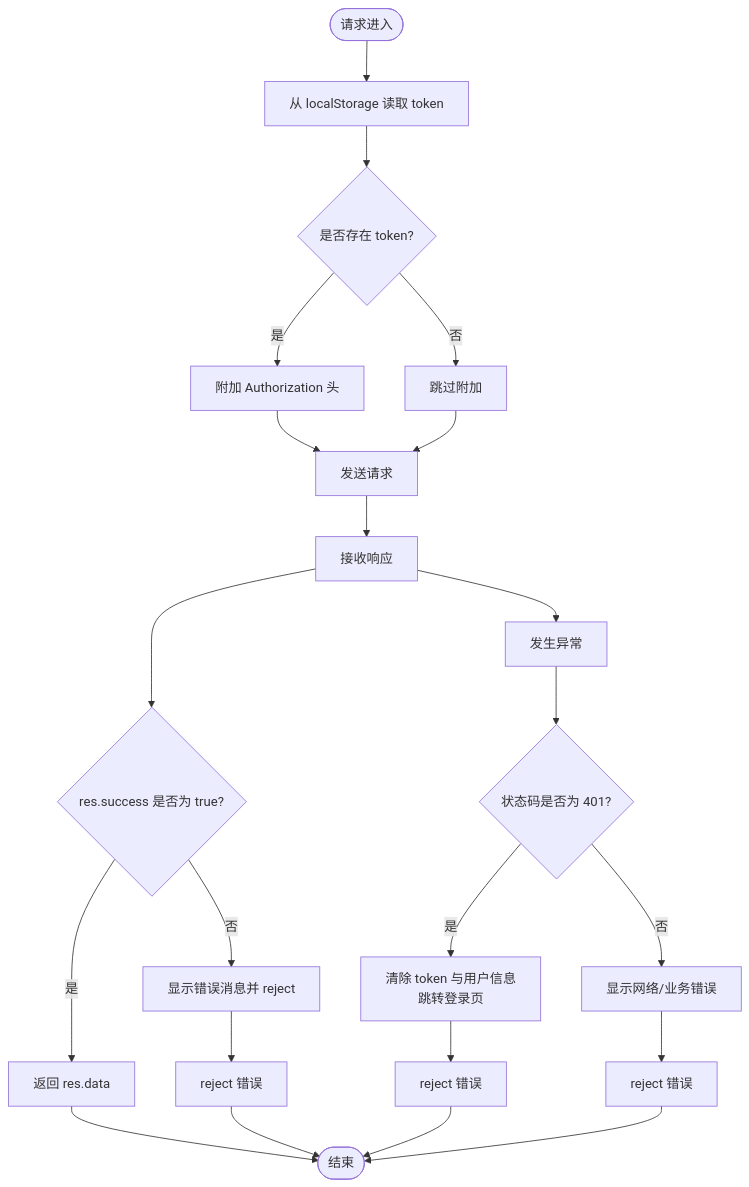
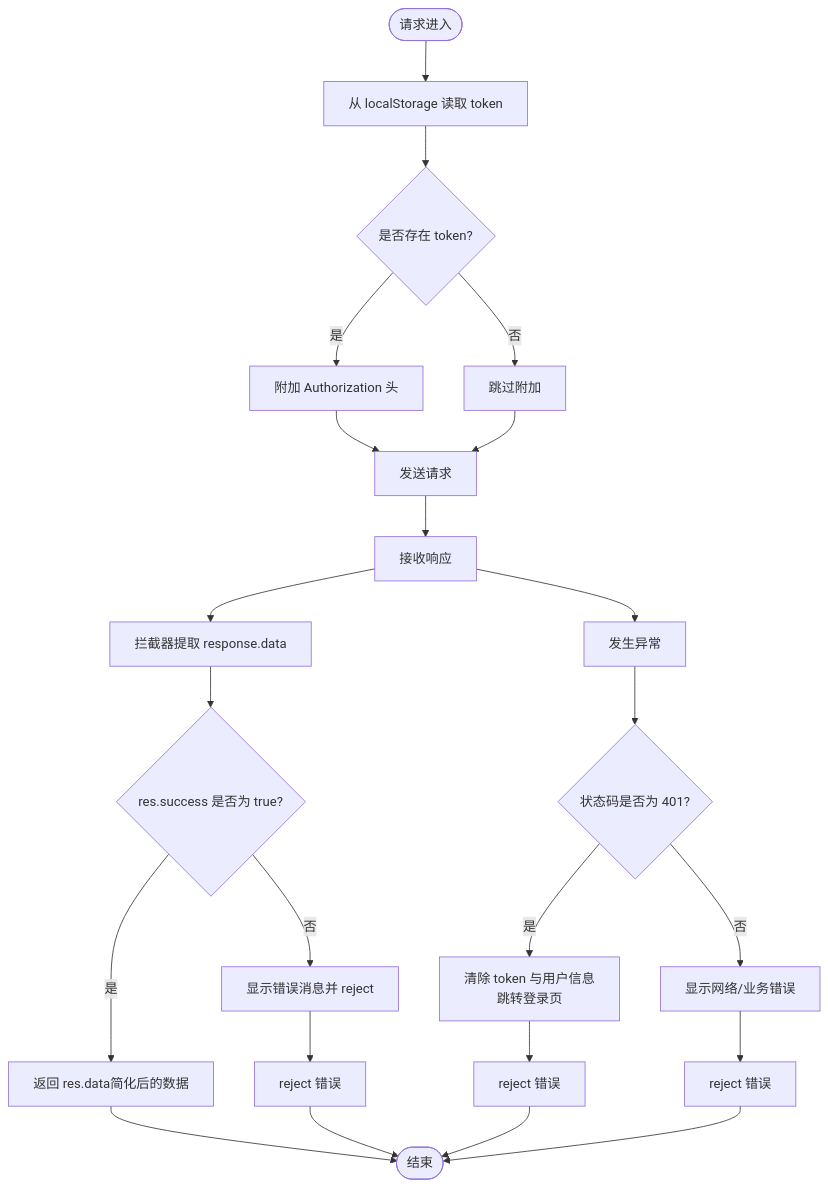
The third of 6 diagrams in .qoder/repowiki/zh/content/前端开发指南/API 客户端集成.md (xpretycn/TingStudio), drawn with Mermaid before and after one commit. The commit also changed other lines of this file and 56 other files, not shown here.

````diff
--- a/.qoder/repowiki/zh/content/前端开发指南/API 客户端集成.md
+++ b/.qoder/repowiki/zh/content/前端开发指南/API 客户端集成.md
@@ -142,24 +155,25 @@
 ```mermaid
 flowchart TD
 Start(["请求进入"]) --> LoadToken["从 localStorage 读取 token"]
 LoadToken --> HasToken{"是否存在 token?"}
 HasToken --> |是| Attach["附加 Authorization 头"]
 HasToken --> |否| SkipAttach["跳过附加"]
 Attach --> Send["发送请求"]
 SkipAttach --> Send
 Send --> Resp["接收响应"]
-Resp --> IsSuccess{"res.success 是否为 true?"}
-IsSuccess --> |是| ReturnData["返回 res.data"]
+Resp --> ExtractData["拦截器提取 response.data"]
+ExtractData --> IsSuccess{"res.success 是否为 true?"}
+IsSuccess --> |是| ReturnData["返回 res.data简化后的数据"]
 IsSuccess --> |否| ShowErr["显示错误消息并 reject"]
 Resp --> Err["发生异常"]
 Err --> Status401{"状态码是否为 401?"}
 Status401 --> |是| Clear["清除 token 与用户信息<br/>跳转登录页"]
 Status401 --> |否| ShowNetErr["显示网络/业务错误"]
 Clear --> Reject401["reject 错误"]
 ShowErr --> RejectBiz["reject 错误"]
 ShowNetErr --> RejectNet["reject 错误"]
 ReturnData --> End(["结束"])
 Reject401 --> End
 RejectBiz --> End
 RejectNet --> End
 ```
````
